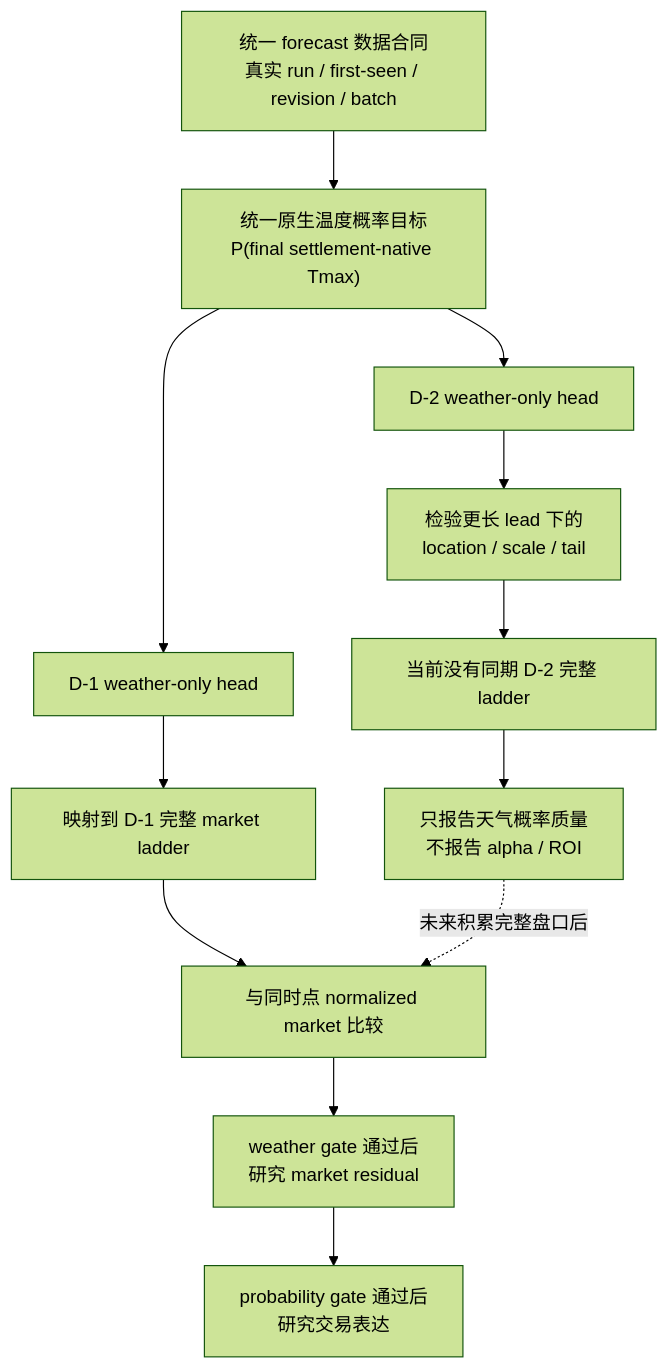
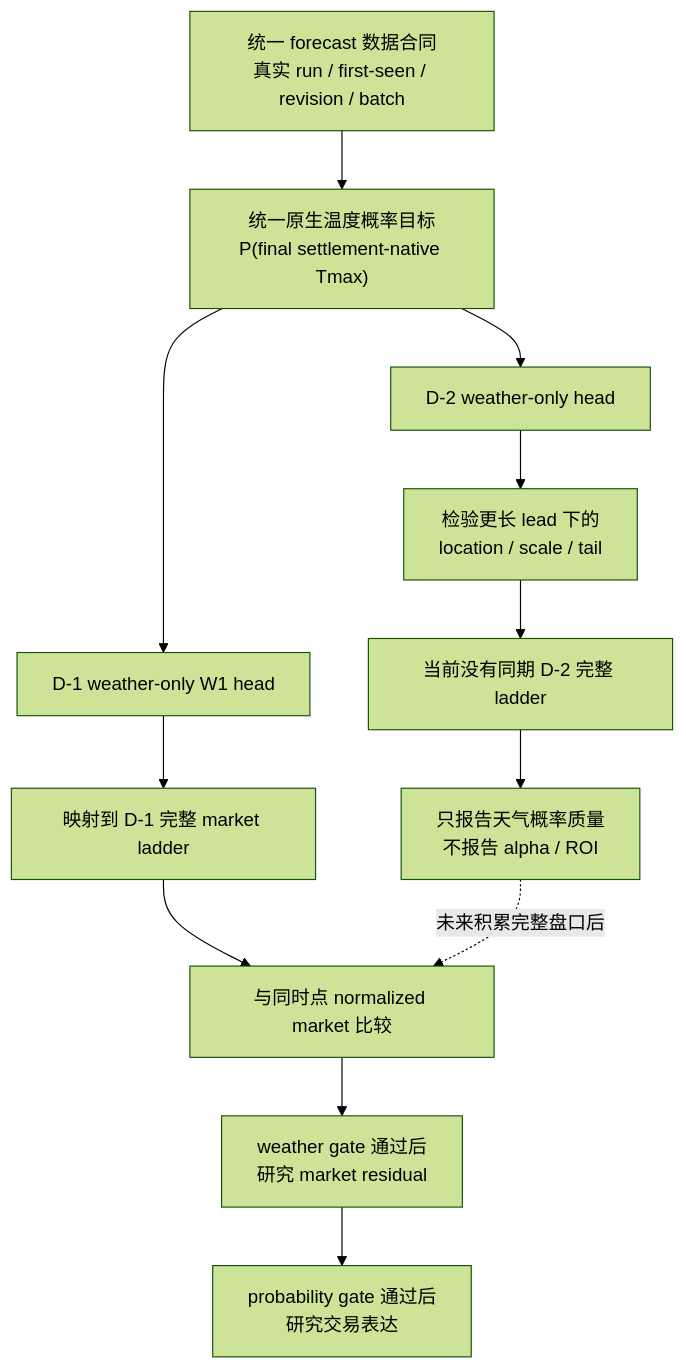
Before and after one commit to jiaruihz/pm_agents: the first of 2 diagrams in docs/analysis/2026-08/2026-08-05-d1-d2-cross-city-probability-program-v1.md, drawn with Mermaid (forest theme). The commit also changed other lines of this file and 6 other files, not shown here.

````diff
--- a/docs/analysis/2026-08/2026-08-05-d1-d2-cross-city-probability-program-v1.md
+++ b/docs/analysis/2026-08/2026-08-05-d1-d2-cross-city-probability-program-v1.md
@@ -28,17 +28,17 @@
 ```mermaid
 flowchart TD
     A["统一 forecast 数据合同<br/>真实 run / first-seen / revision / batch"] --> B["统一原生温度概率目标<br/>P(final settlement-native Tmax)"]
-    B --> C1["D-1 weather-only head"]
+    B --> C1["D-1 weather-only W1 head"]
     B --> C2["D-2 weather-only head"]
 
     C1 --> D1["映射到 D-1 完整 market ladder"]
     D1 --> E1["与同时点 normalized market 比较"]
     E1 --> F1["weather gate 通过后<br/>研究 market residual"]
     F1 --> G1["probability gate 通过后<br/>研究交易表达"]
 
     C2 --> D2["检验更长 lead 下的<br/>location / scale / tail"]
     D2 --> E2["当前没有同期 D-2 完整 ladder"]
     E2 --> F2["只报告天气概率质量<br/>不报告 alpha / ROI"]
 
     F2 -. "未来积累完整盘口后" .-> E1
 ```
````
